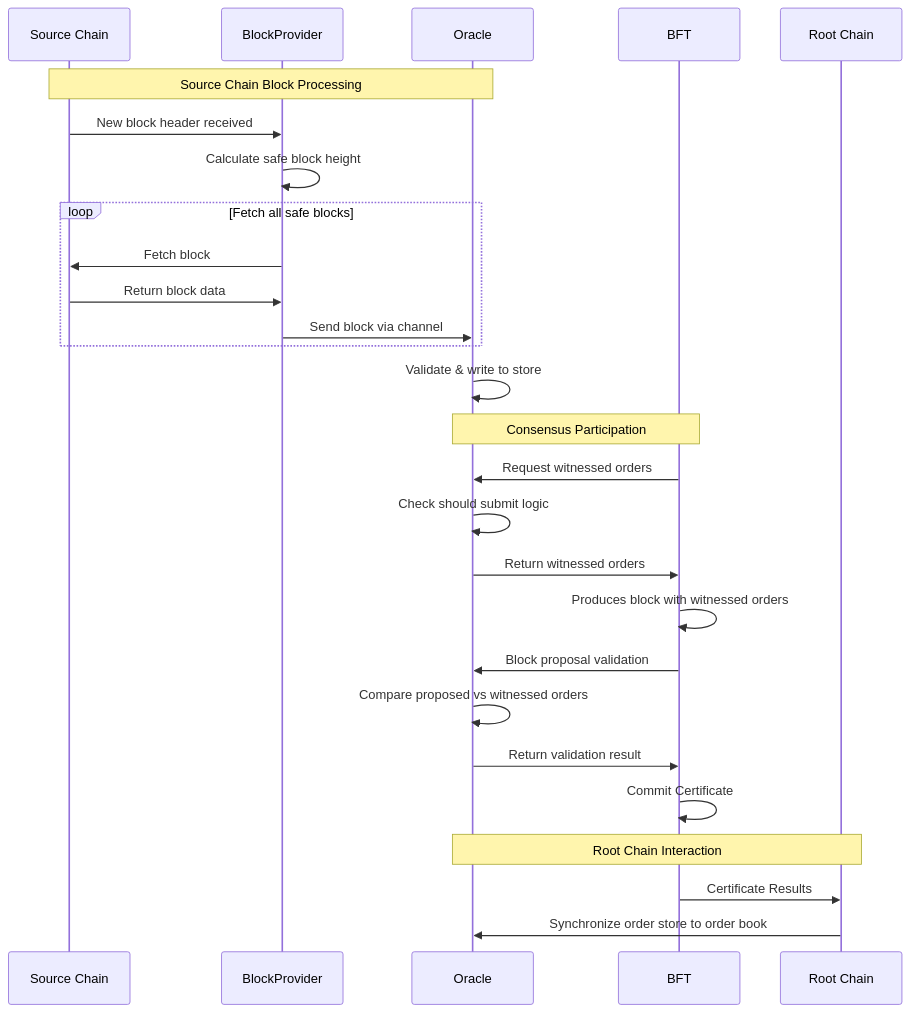
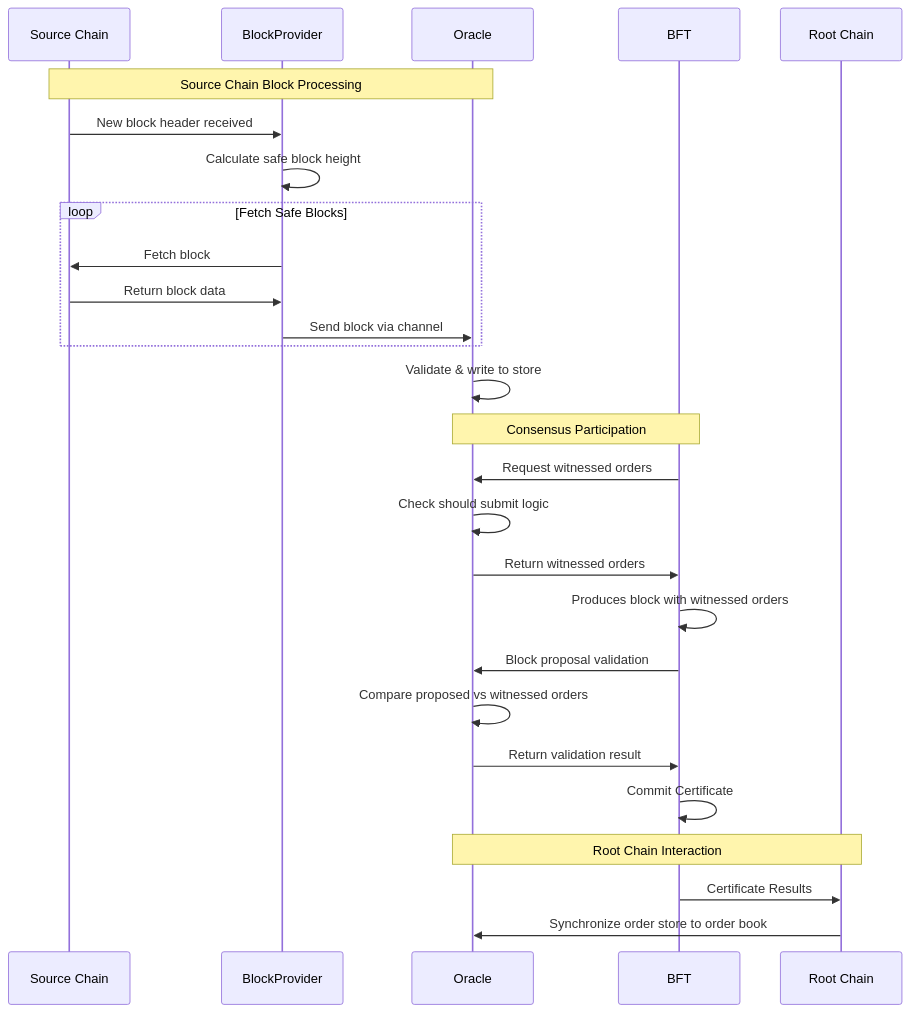
The diagram in cmd/rpc/oracle/ORACLE_FLOW.md (canopy-network/canopy), drawn with Mermaid before and after one commit.

````diff
--- a/cmd/rpc/oracle/ORACLE_FLOW.md
+++ b/cmd/rpc/oracle/ORACLE_FLOW.md
@@ -11,39 +11,39 @@
 ```mermaid
 sequenceDiagram
     participant SC as Source Chain
     participant BP as BlockProvider
     participant O as Oracle
     participant BFT as BFT
     participant RC as Root Chain
 
     %% Block retrieval and processing
     Note over SC,O: Source Chain Block Processing
     SC->>BP: New block header received
     BP->>BP: Calculate safe block height
-loop Fetch all safe blocks
+loop Fetch Safe Blocks
     BP->>SC: Fetch block
     SC->>BP: Return block data
     BP->>O: Send block via channel
 end
     
     %% Oracle block processing
     O->>O: Validate & write to store
     
     Note over BFT,O: Consensus Participation
     %% BFT consensus integration
     BFT->>O: Request witnessed orders
     O->>O: Check should submit logic
     O->>BFT: Return witnessed orders
     BFT->>BFT: Produces block with witnessed orders
     
     %% Block proposal validation
     BFT->>O: Block proposal validation
     O->>O: Compare proposed vs witnessed orders
     O->>BFT: Return validation result
     BFT->>BFT: Commit Certificate
     
     Note over O,RC: Root Chain Interaction
     %% Root Chain interaction
     BFT->>RC: Certificate Results
     RC->>O: Synchronize order store to order book
 ```
````
